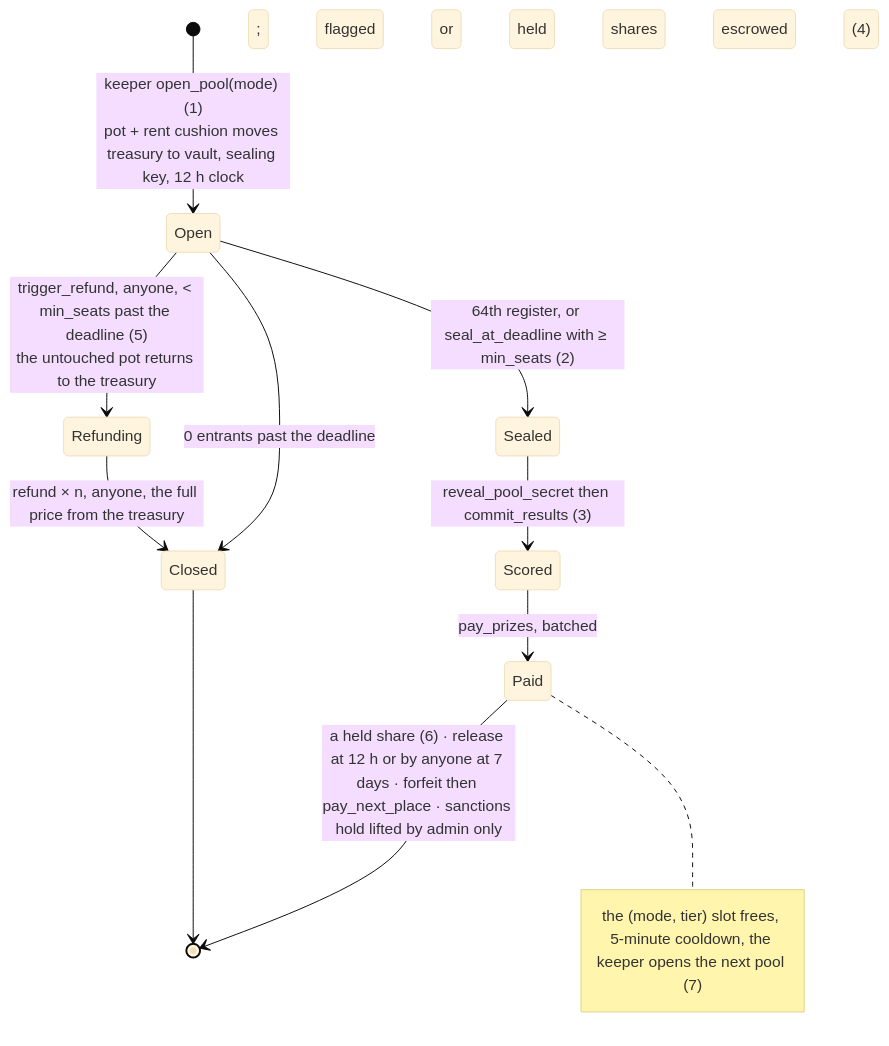
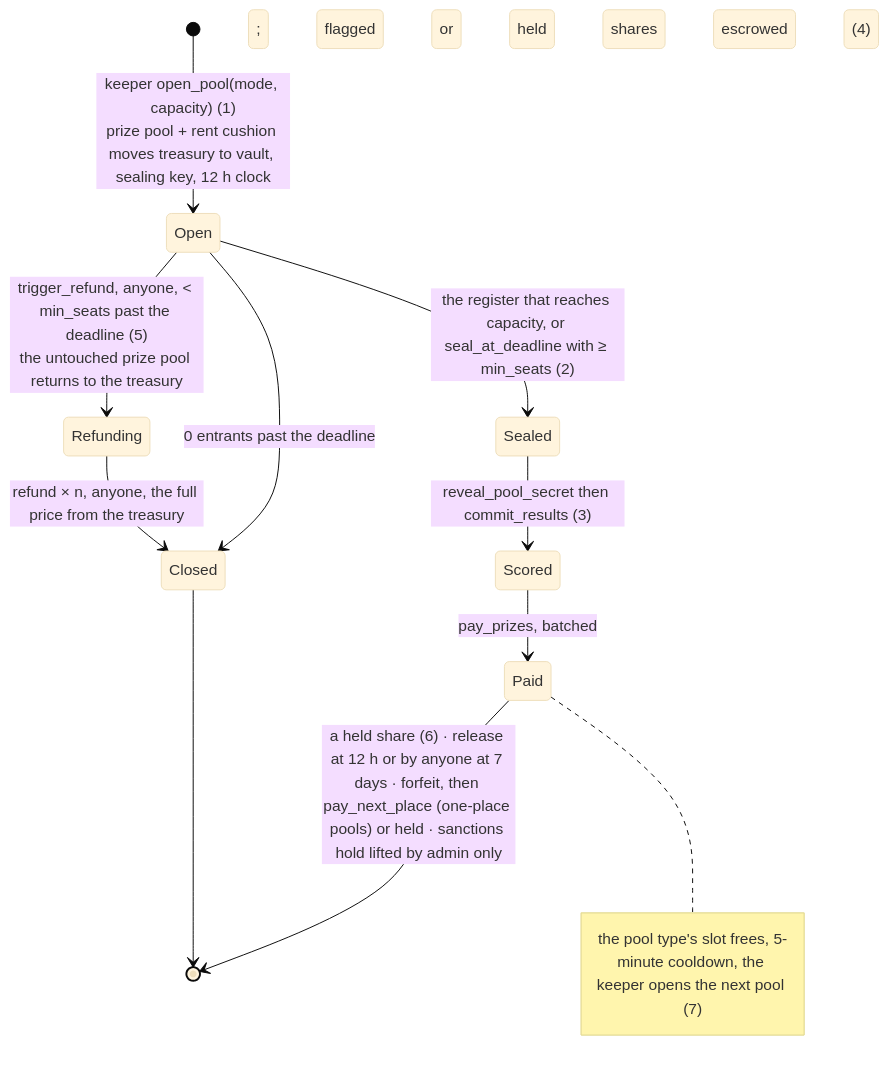
The third of 7 diagrams in docs/architecture/DIAGRAMS.md (tomtblock/blotto), drawn with Mermaid (base theme) before and after one commit. The commit also changed other lines of this file and 16 other files, not shown here.

````diff
--- a/docs/architecture/DIAGRAMS.md
+++ b/docs/architecture/DIAGRAMS.md
@@ -156,13 +159,13 @@
 ```mermaid
 stateDiagram-v2
-  [*] --> Open: keeper open_pool(mode) (1)<br/>pot + rent cushion moves treasury to vault, sealing key, 12 h clock
-  Open --> Sealed: 64th register, or seal_at_deadline with ≥ min_seats (2)
+  [*] --> Open: keeper open_pool(mode, capacity) (1)<br/>prize pool + rent cushion moves treasury to vault, sealing key, 12 h clock
+  Open --> Sealed: the register that reaches capacity, or seal_at_deadline with ≥ min_seats (2)
   Sealed --> Scored: reveal_pool_secret then commit_results (3)
   Scored --> Paid: pay_prizes, batched; flagged or held shares escrowed (4)
-  Open --> Refunding: trigger_refund, anyone, < min_seats past the deadline (5)<br/>the untouched pot returns to the treasury
+  Open --> Refunding: trigger_refund, anyone, < min_seats past the deadline (5)<br/>the untouched prize pool returns to the treasury
   Open --> Closed: 0 entrants past the deadline
   Refunding --> Closed: refund × n, anyone, the full price from the treasury
-  Paid --> [*]: a held share (6) · release at 12 h or by anyone at 7 days · forfeit then pay_next_place · sanctions hold lifted by admin only
+  Paid --> [*]: a held share (6) · release at 12 h or by anyone at 7 days · forfeit, then pay_next_place (one-place pools) or held · sanctions hold lifted by admin only
   Closed --> [*]
-  note right of Paid: the (mode, tier) slot frees, 5-minute cooldown, the keeper opens the next pool (7)
+  note right of Paid: the pool type's slot frees, 5-minute cooldown, the keeper opens the next pool (7)
 ```
````
